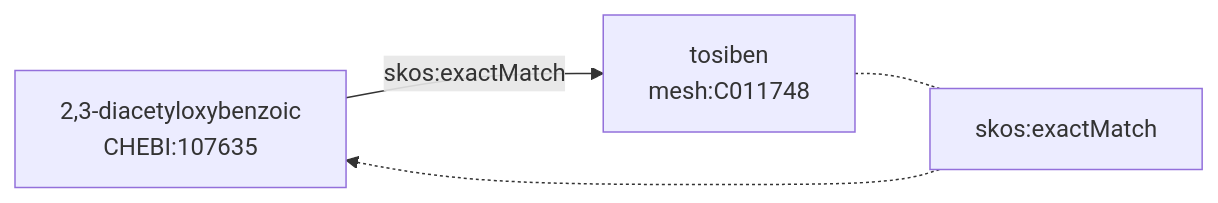
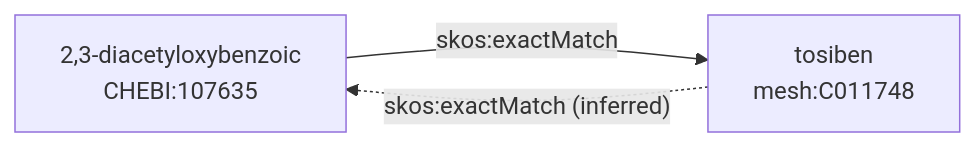
Before and after one commit to biopragmatics/semra: the diagram in README.md, drawn with Mermaid. The commit also changed other lines of this file, not shown here.

````diff
--- a/README.md
+++ b/README.md
@@ -115,5 +115,5 @@
 ```mermaid
 graph LR
     A[2,3-diacetyloxybenzoic<br/>CHEBI:107635] -- skos:exactMatch --> B[tosiben<br/>mesh:C011748]
-    B -.- skos:exactMatch -.-> A
+    B -. "skos:exactMatch (inferred)" .-> A
 ```
````
